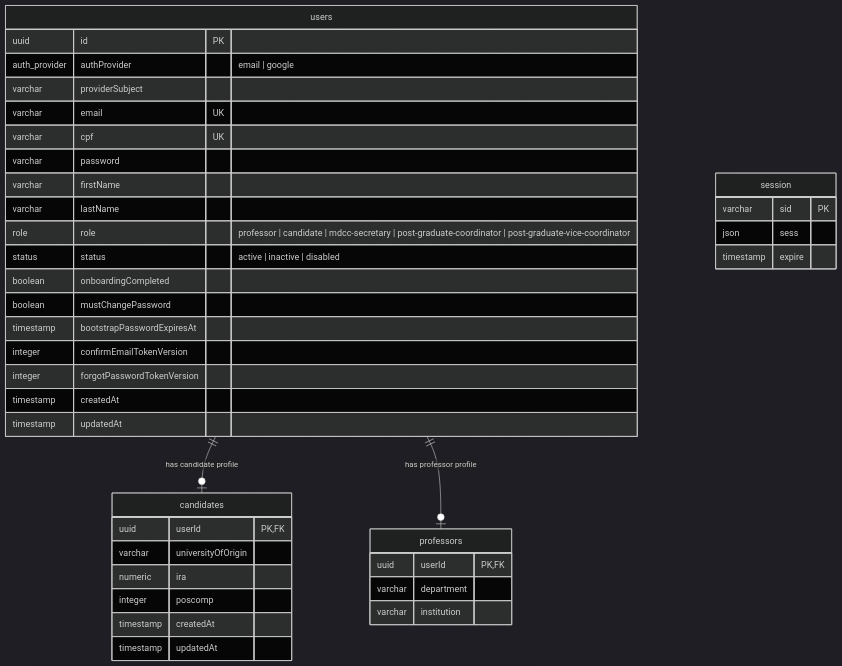
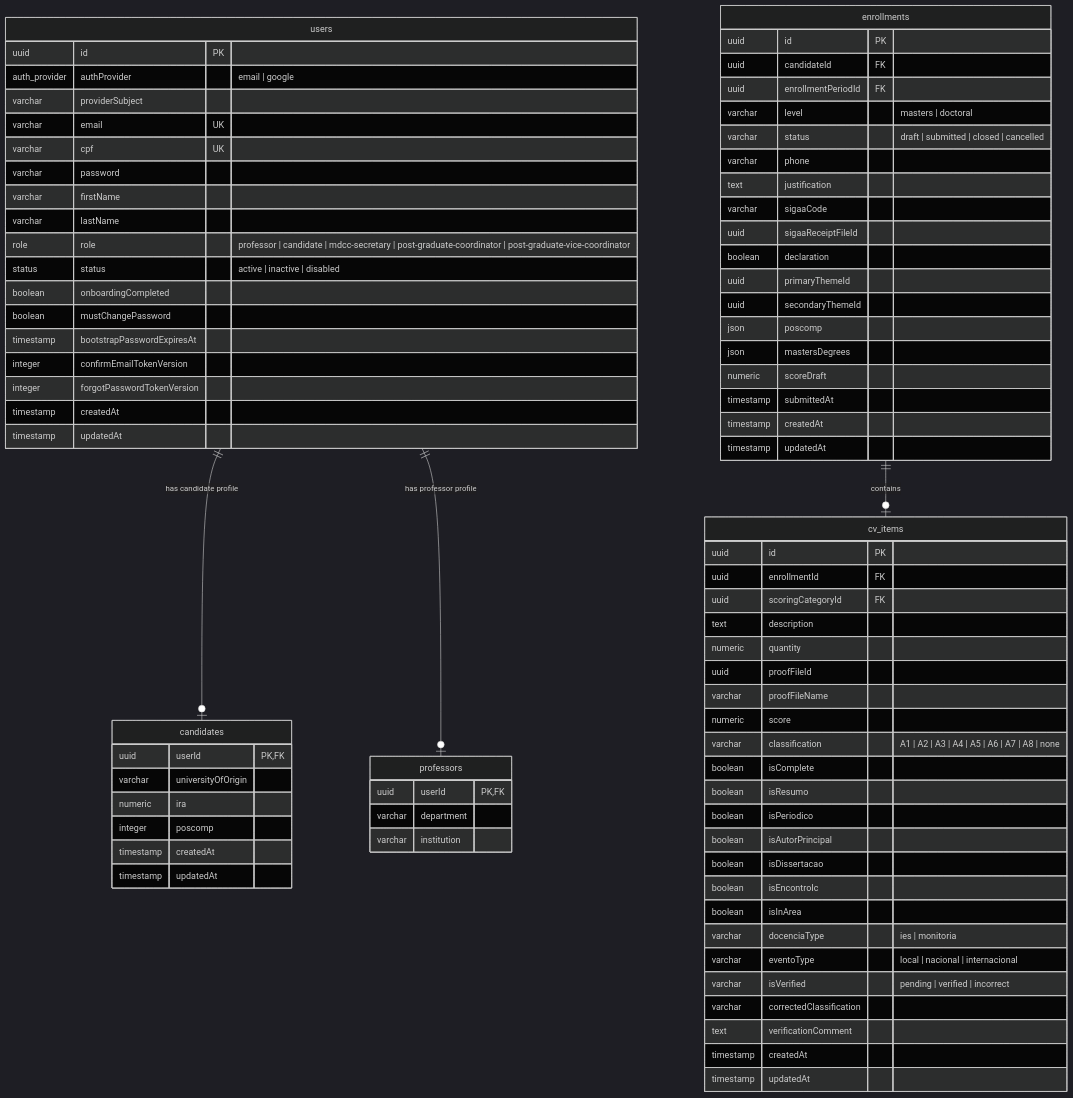
One commit to talDoFlemis/anubis changed the first of 2 diagrams in HANDOFF.md. Above: the diagram before and after it, drawn with Mermaid (dark theme). The commit also changed other lines of this file, not shown here.

````diff
--- a/HANDOFF.md
+++ b/HANDOFF.md
@@ -51,6 +53,7 @@
 erDiagram
     users ||--o| candidates : "has candidate profile"
     users ||--o| professors : "has professor profile"
+    enrollments ||--o| cv_items : "contains"
     users {
         uuid id PK
         auth_provider authProvider "email | google"
@@ -83,9 +86,49 @@
         varchar department
         varchar institution
     }
-    session {
-        varchar sid PK
-        json sess
-        timestamp expire
+    enrollments {
+        uuid id PK
+        uuid candidateId FK
+        uuid enrollmentPeriodId FK
+        varchar level "masters | doctoral"
+        varchar status "draft | submitted | closed | cancelled"
+        varchar phone
+        text justification
+        varchar sigaaCode
+        uuid sigaaReceiptFileId
+        boolean declaration
+        uuid primaryThemeId
+        uuid secondaryThemeId
+        json poscomp
+        json mastersDegrees
+        numeric scoreDraft
+        timestamp submittedAt
+        timestamp createdAt
+        timestamp updatedAt
+    }
+    cv_items {
+        uuid id PK
+        uuid enrollmentId FK
+        uuid scoringCategoryId FK
+        text description
+        numeric quantity
+        uuid proofFileId
+        varchar proofFileName
+        numeric score
+        varchar classification "A1 | A2 | A3 | A4 | A5 | A6 | A7 | A8 | none"
+        boolean isComplete
+        boolean isResumo
+        boolean isPeriodico
+        boolean isAutorPrincipal
+        boolean isDissertacao
+        boolean isEncontroIc
+        boolean isInArea
+        varchar docenciaType "ies | monitoria"
+        varchar eventoType "local | nacional | internacional"
+        varchar isVerified "pending | verified | incorrect"
+        varchar correctedClassification
+        text verificationComment
+        timestamp createdAt
+        timestamp updatedAt
     }
 ```
````
